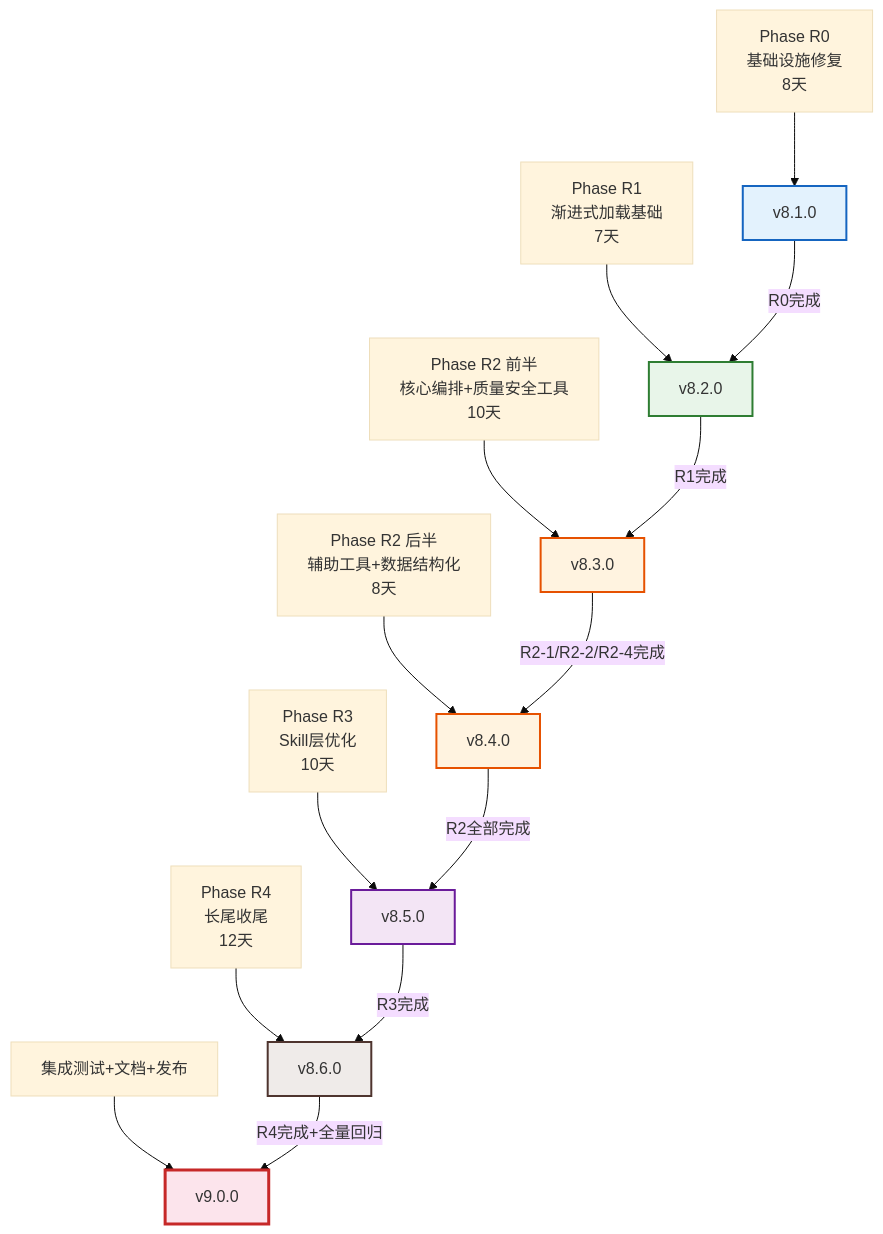
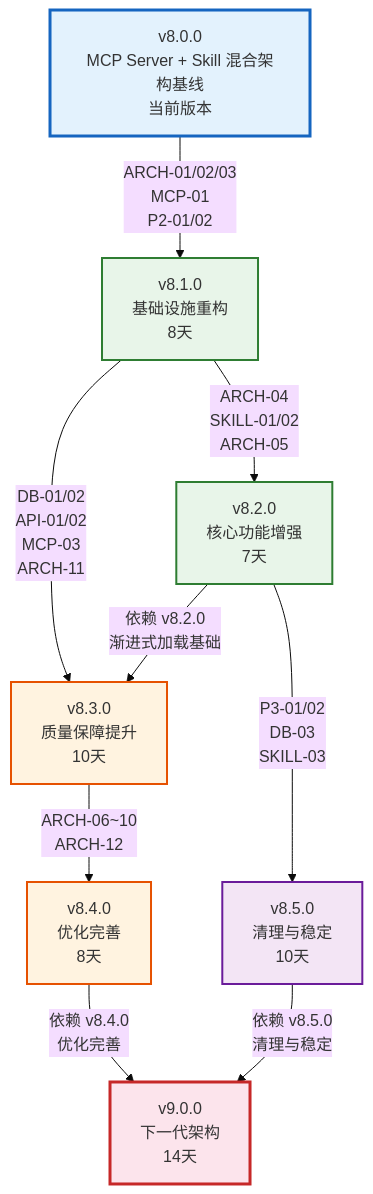
Before and after one commit to xuanyuanchumo/xuansto: the second of 2 diagrams in docs/plan/v-l.md, drawn with Mermaid (base theme). The commit also changed other lines of this file and 8 other files, not shown here.

````diff
--- a/docs/plan/v-l.md
+++ b/docs/plan/v-l.md
@@ -82,25 +355,27 @@
 ```mermaid
 flowchart TD
-    R0["Phase R0<br/>基础设施修复<br/>8天"] --> V810["v8.1.0"]
-    R1["Phase R1<br/>渐进式加载基础<br/>7天"] --> V820["v8.2.0"]
-    R2A["Phase R2 前半<br/>核心编排+质量安全工具<br/>10天"] --> V830["v8.3.0"]
-    R2B["Phase R2 后半<br/>辅助工具+数据结构化<br/>8天"] --> V840["v8.4.0"]
-    R3["Phase R3<br/>Skill层优化<br/>10天"] --> V850["v8.5.0"]
-    R4["Phase R4<br/>长尾收尾<br/>12天"] --> V860["v8.6.0"]
-    RELEASE["集成测试+文档+发布"] --> V900["v9.0.0"]
+    V800["v8.0.0<br/>MCP Server + Skill 混合架构基线<br/>当前版本"]
+    V810["v8.1.0<br/>基础设施重构<br/>8天"]
+    V820["v8.2.0<br/>核心功能增强<br/>7天"]
+    V830["v8.3.0<br/>质量保障提升<br/>10天"]
+    V840["v8.4.0<br/>优化完善<br/>8天"]
+    V850["v8.5.0<br/>清理与稳定<br/>10天"]
+    V900["v9.0.0<br/>下一代架构<br/>14天"]
 
-    V810 -->|"R0完成"| V820
-    V820 -->|"R1完成"| V830
-    V830 -->|"R2-1/R2-2/R2-4完成"| V840
-    V840 -->|"R2全部完成"| V850
-    V850 -->|"R3完成"| V860
-    V860 -->|"R4完成+全量回归"| V900
+    V800 -->|"ARCH-01/02/03<br/>MCP-01<br/>P2-01/02"| V810
+    V810 -->|"ARCH-04<br/>SKILL-01/02<br/>ARCH-05"| V820
+    V810 -->|"DB-01/02<br/>API-01/02<br/>MCP-03<br/>ARCH-11"| V830
+    V820 -->|"依赖 v8.2.0<br/>渐进式加载基础"| V830
+    V830 -->|"ARCH-06~10<br/>ARCH-12"| V840
+    V820 -->|"P3-01/02<br/>DB-03<br/>SKILL-03"| V850
+    V840 -->|"依赖 v8.4.0<br/>优化完善"| V900
+    V850 -->|"依赖 v8.5.0<br/>清理与稳定"| V900
 
-    style V810 fill:#e3f2fd,stroke:#1565c0,stroke-width:2px
+    style V800 fill:#e3f2fd,stroke:#1565c0,stroke-width:3px
+    style V810 fill:#e8f5e9,stroke:#2e7d32,stroke-width:2px
     style V820 fill:#e8f5e9,stroke:#2e7d32,stroke-width:2px
     style V830 fill:#fff3e0,stroke:#e65100,stroke-width:2px
     style V840 fill:#fff3e0,stroke:#e65100,stroke-width:2px
     style V850 fill:#f3e5f5,stroke:#6a1b9a,stroke-width:2px
-    style V860 fill:#efebe9,stroke:#4e342e,stroke-width:2px
     style V900 fill:#fce4ec,stroke:#c62828,stroke-width:3px
 ```
````
